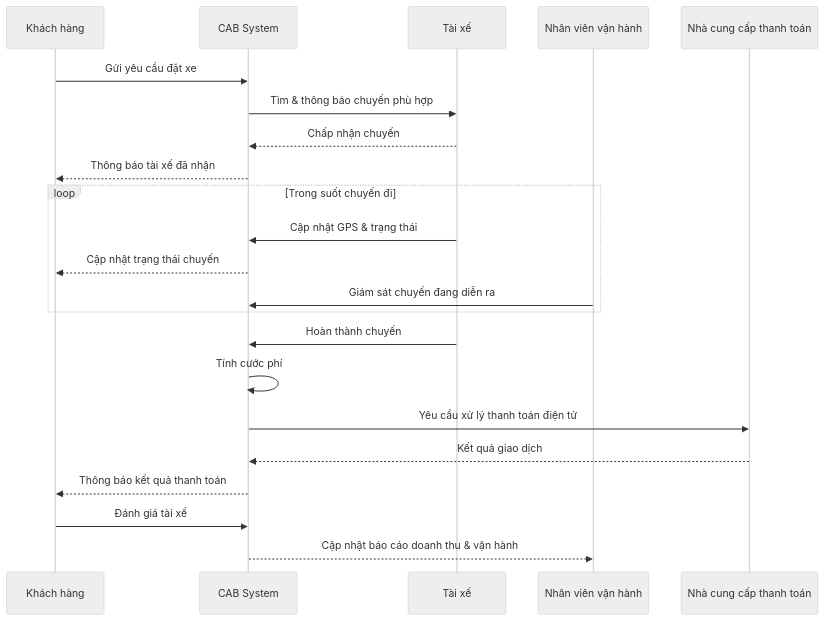
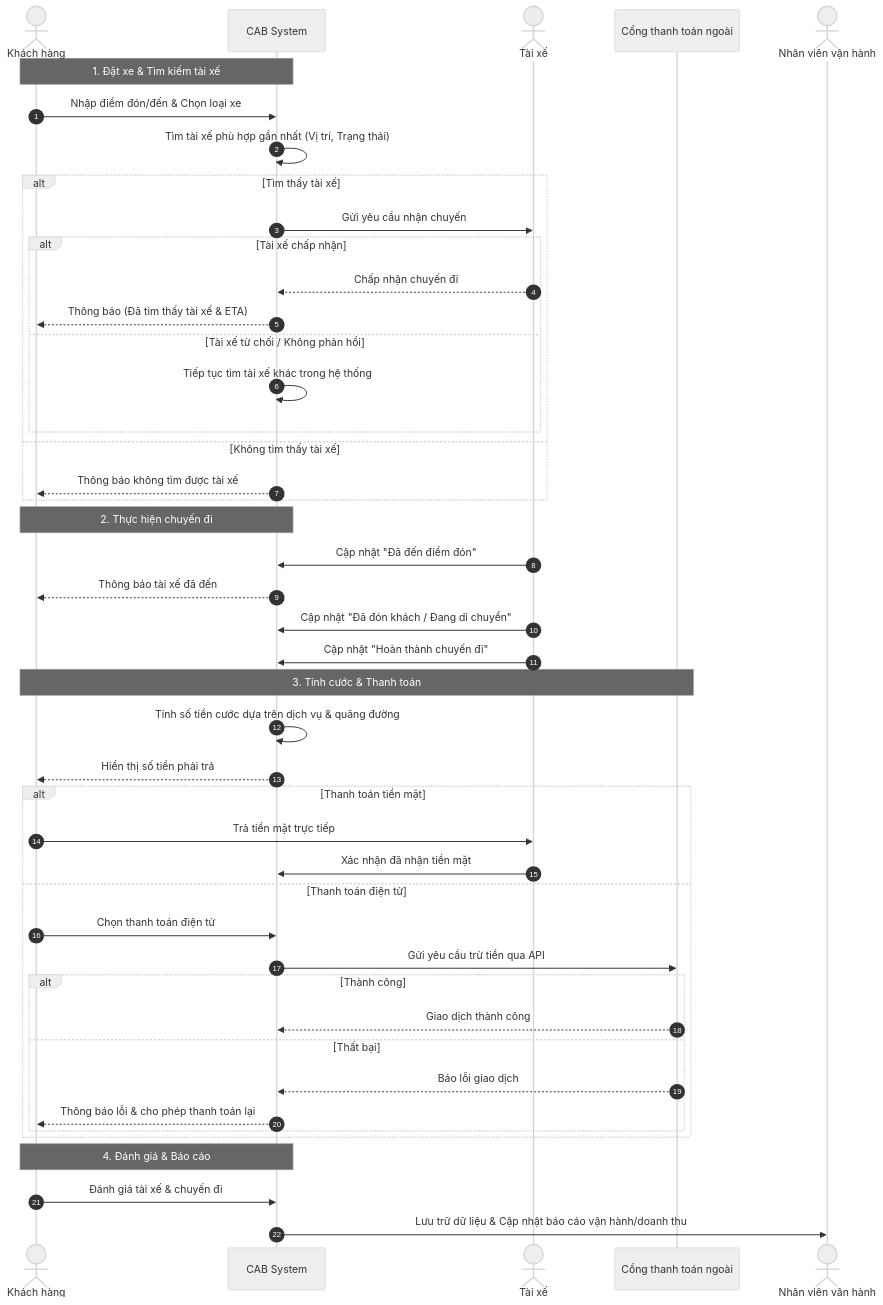
The second of 2 diagrams in srs.md (BaMin-ui/23677001_DangThePhuc_CABSYSTEM), drawn with Mermaid (neutral theme) before and after one commit. The commit also changed other lines of this file, not shown here.

````diff
--- a/srs.md
+++ b/srs.md
@@ -185,27 +130,54 @@
 ```mermaid
 sequenceDiagram
-    participant KH as Khách hàng
+    autonumber
+    actor KH as Khách hàng
     participant CAB as CAB System
-    participant TX as Tài xế
-    participant NVH as Nhân viên vận hành
-    participant NCC as Nhà cung cấp thanh toán
+    actor TX as Tài xế
+    participant TT as Cổng thanh toán ngoài
+    actor NV as Nhân viên vận hành
 
-    KH->>CAB: Gửi yêu cầu đặt xe
-    CAB->>TX: Tìm & thông báo chuyến phù hợp
-    TX-->>CAB: Chấp nhận chuyến
-    CAB-->>KH: Thông báo tài xế đã nhận
-
-    loop Trong suốt chuyến đi
-        TX->>CAB: Cập nhật GPS & trạng thái
-        CAB-->>KH: Cập nhật trạng thái chuyến
-        NVH->>CAB: Giám sát chuyến đang diễn ra
+    Note over KH, CAB: 1. Đặt xe & Tìm kiếm tài xế
+    KH->>CAB: Nhập điểm đón/đến & Chọn loại xe
+    CAB->>CAB: Tìm tài xế phù hợp gần nhất (Vị trí, Trạng thái)
+    
+    alt Tìm thấy tài xế
+        CAB->>TX: Gửi yêu cầu nhận chuyến
+        alt Tài xế chấp nhận
+            TX-->>CAB: Chấp nhận chuyến đi
+            CAB-->>KH: Thông báo (Đã tìm thấy tài xế & ETA)
+        else Tài xế từ chối / Không phản hồi
+            CAB->>CAB: Tiếp tục tìm tài xế khác trong hệ thống
+        end
+    else Không tìm thấy tài xế
+        CAB-->>KH: Thông báo không tìm được tài xế
     end
 
-    TX->>CAB: Hoàn thành chuyến
-    CAB->>CAB: Tính cước phí
-    CAB->>NCC: Yêu cầu xử lý thanh toán điện tử
-    NCC-->>CAB: Kết quả giao dịch
-    CAB-->>KH: Thông báo kết quả thanh toán
-    KH->>CAB: Đánh giá tài xế
-    CAB-->>NVH: Cập nhật báo cáo doanh thu & vận hành
+    Note over KH, CAB: 2. Thực hiện chuyến đi
+    TX->>CAB: Cập nhật "Đã đến điểm đón"
+    CAB-->>KH: Thông báo tài xế đã đến
+    TX->>CAB: Cập nhật "Đã đón khách / Đang di chuyển"
+    TX->>CAB: Cập nhật "Hoàn thành chuyến đi"
+
+    Note over KH, TT: 3. Tính cước & Thanh toán
+    CAB->>CAB: Tính số tiền cước dựa trên dịch vụ & quãng đường
+    CAB-->>KH: Hiển thị số tiền phải trả
+    
+    alt Thanh toán tiền mặt
+        KH->>TX: Trả tiền mặt trực tiếp
+        TX->>CAB: Xác nhận đã nhận tiền mặt
+    else Thanh toán điện tử
+        KH->>CAB: Chọn thanh toán điện tử
+        CAB->>TT: Gửi yêu cầu trừ tiền qua API
+        alt Thành công
+            TT-->>CAB: Giao dịch thành công
+        else Thất bại
+            TT-->>CAB: Báo lỗi giao dịch
+            CAB-->>KH: Thông báo lỗi & cho phép thanh toán lại
+        end
+    end
+
+    Note over KH, CAB: 4. Đánh giá & Báo cáo
+    KH->>CAB: Đánh giá tài xế & chuyến đi
+    CAB->>NV: Lưu trữ dữ liệu & Cập nhật báo cáo vận hành/doanh thu
+
 ```
````
